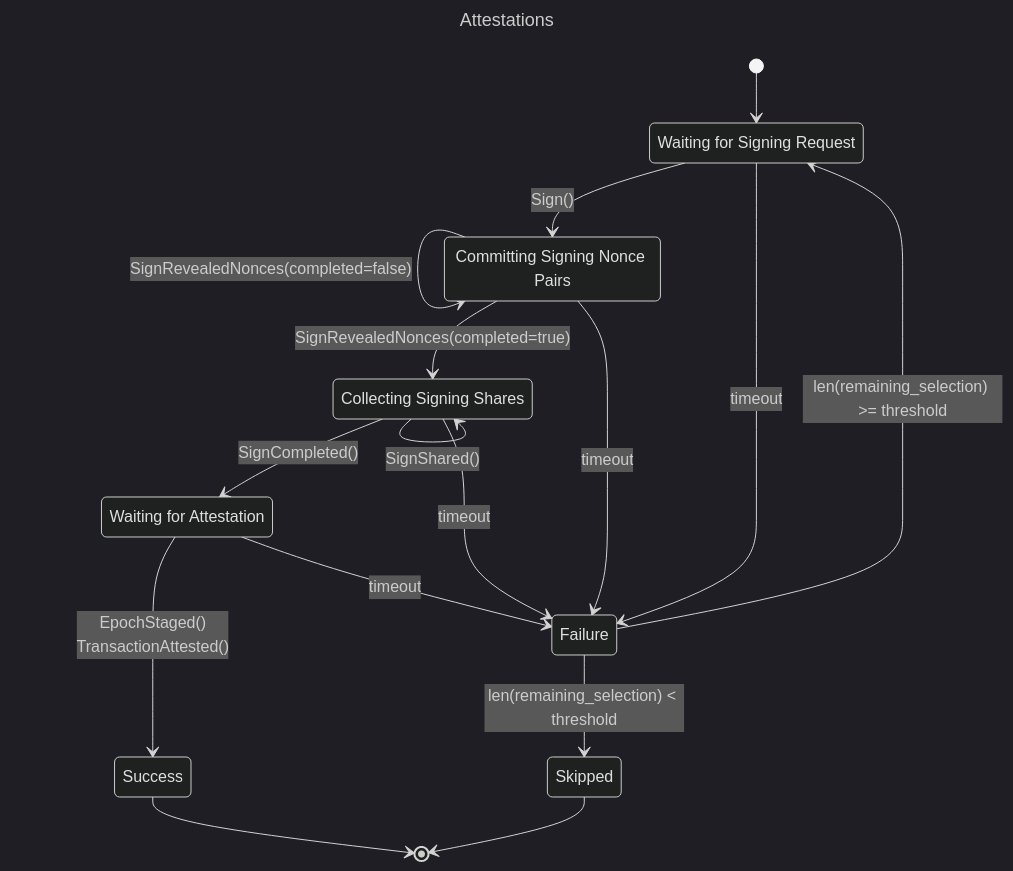
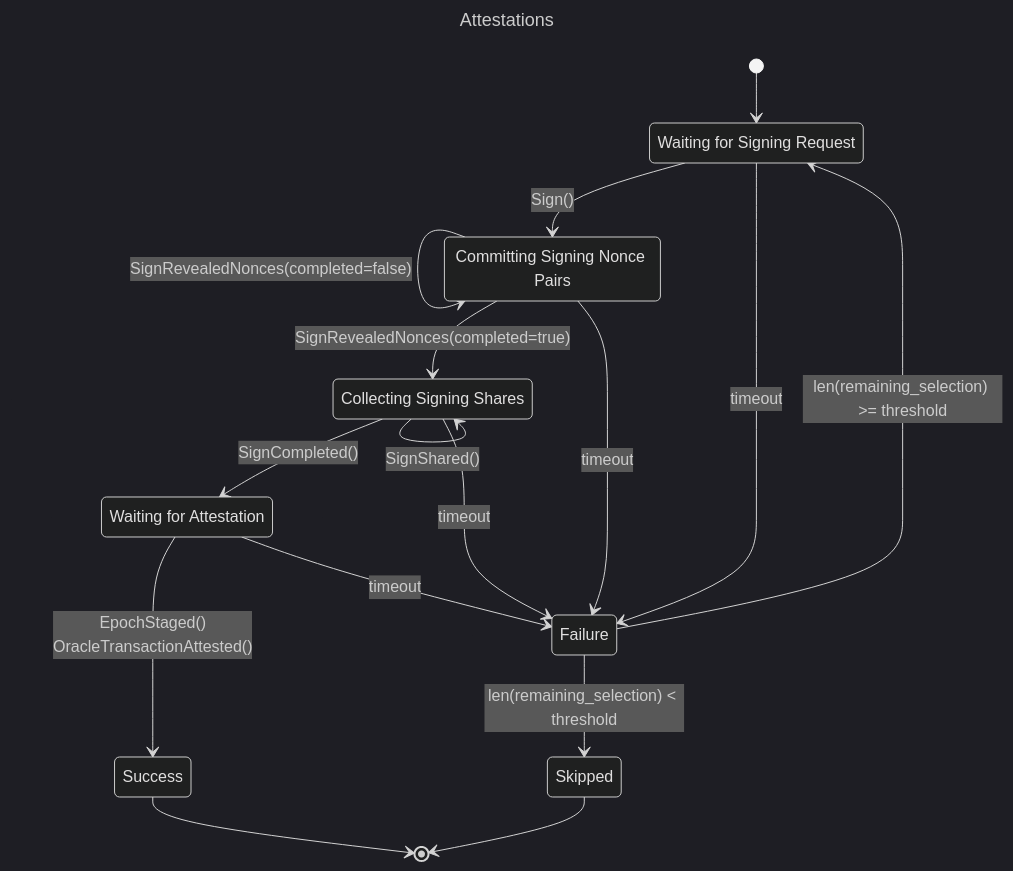
Before and after one commit to safe-research/safenet: the second of 2 diagrams in docs/overview.md, drawn with Mermaid (dark theme). The commit also changed 9 other files, not shown here.

````diff
--- a/docs/overview.md
+++ b/docs/overview.md
@@ -159,35 +159,35 @@
 ```mermaid
 ---
 title: Attestations
 ---
 stateDiagram-v2
 	request : Waiting for Signing Request
 	commit_nonces : Committing Signing Nonce Pairs
 	share : Collecting Signing Shares
 	attest: Waiting for Attestation
 	failure : Failure
 	success : Success
 	skipped : Skipped
 
 	[*] --> request
 
 	request --> commit_nonces : Sign()
 	request --> failure : timeout
 
 	commit_nonces --> commit_nonces : SignRevealedNonces(completed=false)
 	commit_nonces --> share : SignRevealedNonces(completed=true)
 	commit_nonces --> failure : timeout
 
 	share --> share : SignShared()
 	share --> attest : SignCompleted()
 	share --> failure : timeout
 
-	attest --> success : EpochStaged()<br>TransactionAttested()
+	attest --> success : EpochStaged()<br>OracleTransactionAttested()
 	attest --> failure : timeout
 
 	failure --> request : len(remaining_selection) >= threshold
 	failure --> skipped : len(remaining_selection) < threshold
 
 	success --> [*]
 	skipped --> [*]
 ```
````
